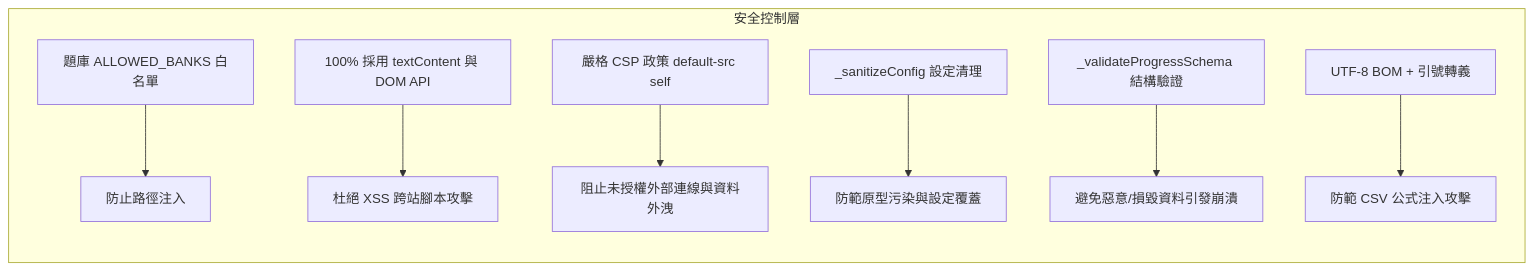
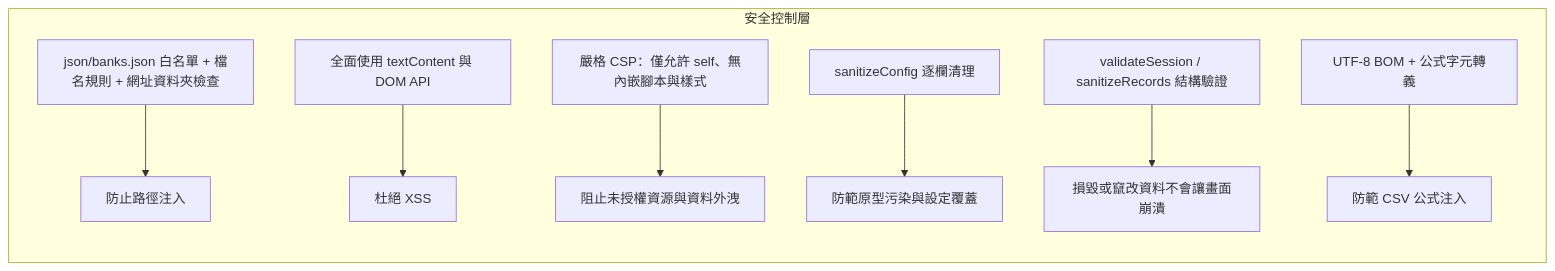
The second of 2 diagrams in README.md (Scorpio-meow/Examination-System), drawn with Mermaid before and after one commit. The commit also changed other lines of this file and 49 other files, not shown here.

````diff
--- a/README.md
+++ b/README.md
@@ -315,11 +355,11 @@
 ```mermaid
 graph LR
     subgraph Defenses [安全控制層]
-        D1[題庫 ALLOWED_BANKS 白名單] --> S1[防止路徑注入]
-        D2[100% 採用 textContent 與 DOM API] --> S2[杜絕 XSS 跨站腳本攻擊]
-        D3[嚴格 CSP 政策 default-src self] --> S3[阻止未授權外部連線與資料外洩]
-        D4[_sanitizeConfig 設定清理] --> S4[防範原型污染與設定覆蓋]
-        D5[_validateProgressSchema 結構驗證] --> S5[避免惡意/損毀資料引發崩潰]
-        D6[UTF-8 BOM + 引號轉義] --> S6[防範 CSV 公式注入攻擊]
+        D1[json/banks.json 白名單 + 檔名規則 + 網址資料夾檢查] --> S1[防止路徑注入]
+        D2[全面使用 textContent 與 DOM API] --> S2[杜絕 XSS]
+        D3[嚴格 CSP：僅允許 self、無內嵌腳本與樣式] --> S3[阻止未授權資源與資料外洩]
+        D4[sanitizeConfig 逐欄清理] --> S4[防範原型污染與設定覆蓋]
+        D5[validateSession / sanitizeRecords 結構驗證] --> S5[損毀或竄改資料不會讓畫面崩潰]
+        D6[UTF-8 BOM + 公式字元轉義] --> S6[防範 CSV 公式注入]
     end
 ```
````
